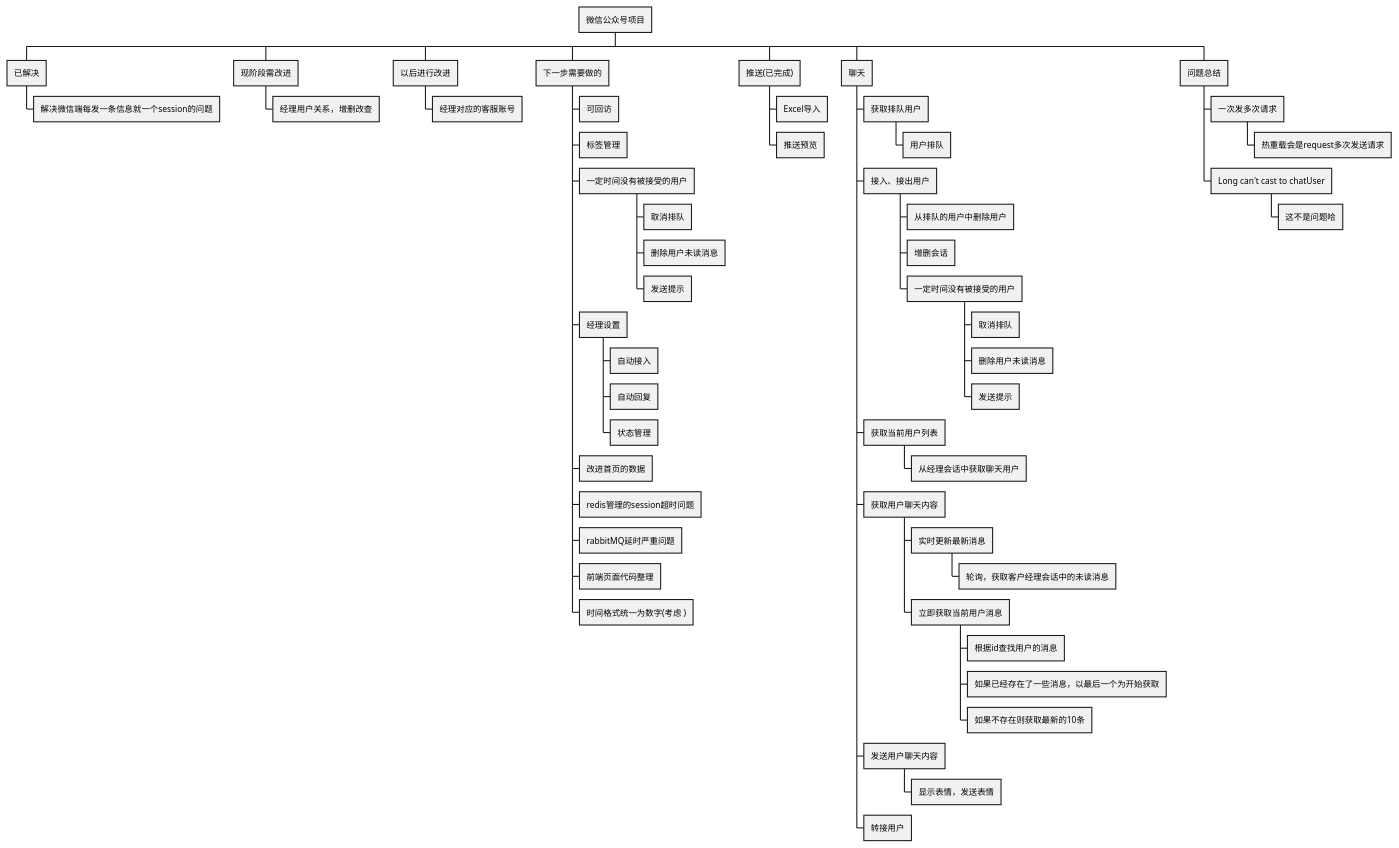
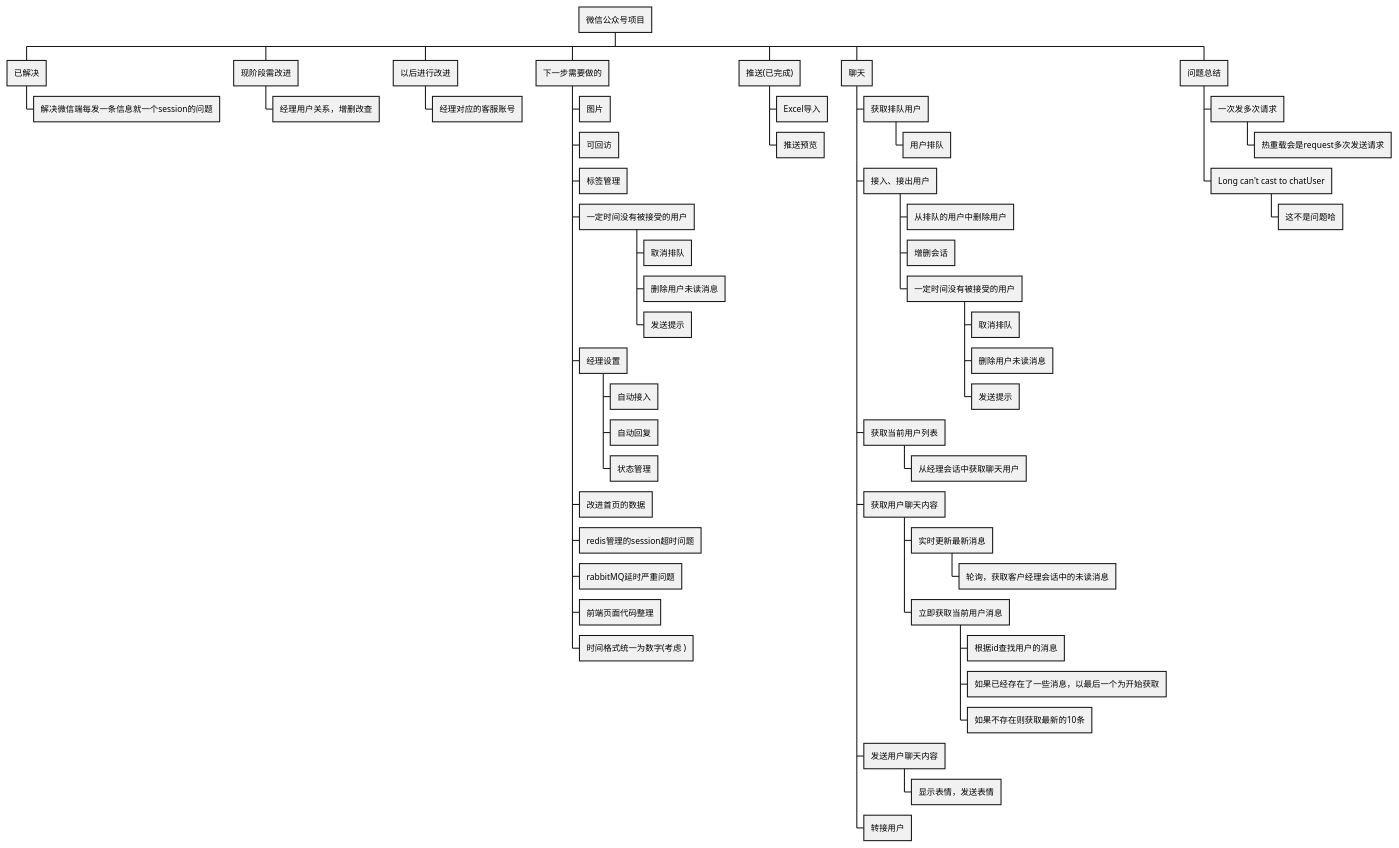
One commit to xiaxuchen/union changed the diagram in Union.puml. Above: the diagram before and after it, drawn with PlantUML. The commit also changed 49 other files, not shown here.

```diff
--- a/Union.puml
+++ b/Union.puml
@@ -1,57 +1,58 @@
 @startwbs
 * 微信公众号项目
 ** 已解决
 *** 解决微信端每发一条信息就一个session的问题
 ** 现阶段需改进
 *** 经理用户关系，增删改查
 
 ** 以后进行改进
 *** 经理对应的客服账号
 ** 下一步需要做的
+*** 图片
 *** 可回访
 *** 标签管理
 *** 一定时间没有被接受的用户
 **** 取消排队
 **** 删除用户未读消息
 **** 发送提示
 *** 经理设置
 **** 自动接入
 **** 自动回复
 **** 状态管理
 *** 改进首页的数据
 *** redis管理的session超时问题
 *** rabbitMQ延时严重问题
 *** 前端页面代码整理
 *** 时间格式统一为数字(考虑 )
 
 ** 推送(已完成)
 *** Excel导入
 *** 推送预览
 ** 聊天
 *** 获取排队用户
 **** 用户排队
 *** 接入、接出用户
 **** 从排队的用户中删除用户
 **** 增删会话
 **** 一定时间没有被接受的用户
 ***** 取消排队
 ***** 删除用户未读消息
 ***** 发送提示
 *** 获取当前用户列表
 **** 从经理会话中获取聊天用户
 *** 获取用户聊天内容
 **** 实时更新最新消息
 ***** 轮询，获取客户经理会话中的未读消息
 **** 立即获取当前用户消息
 ***** 根据id查找用户的消息
 ***** 如果已经存在了一些消息，以最后一个为开始获取
 ***** 如果不存在则获取最新的10条
 *** 发送用户聊天内容
 **** 显示表情，发送表情
 *** 转接用户
 ** 问题总结
 *** 一次发多次请求
 **** 热重载会是request多次发送请求
 *** Long can't cast to chatUser
 **** 这不是问题哈
 @endwbs
```
